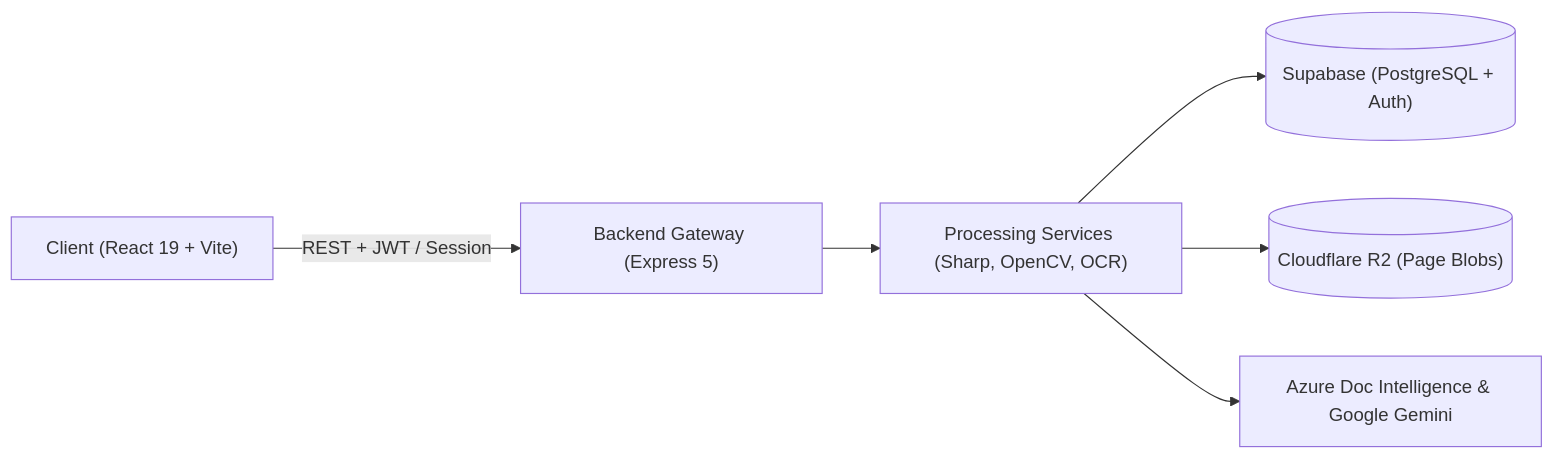
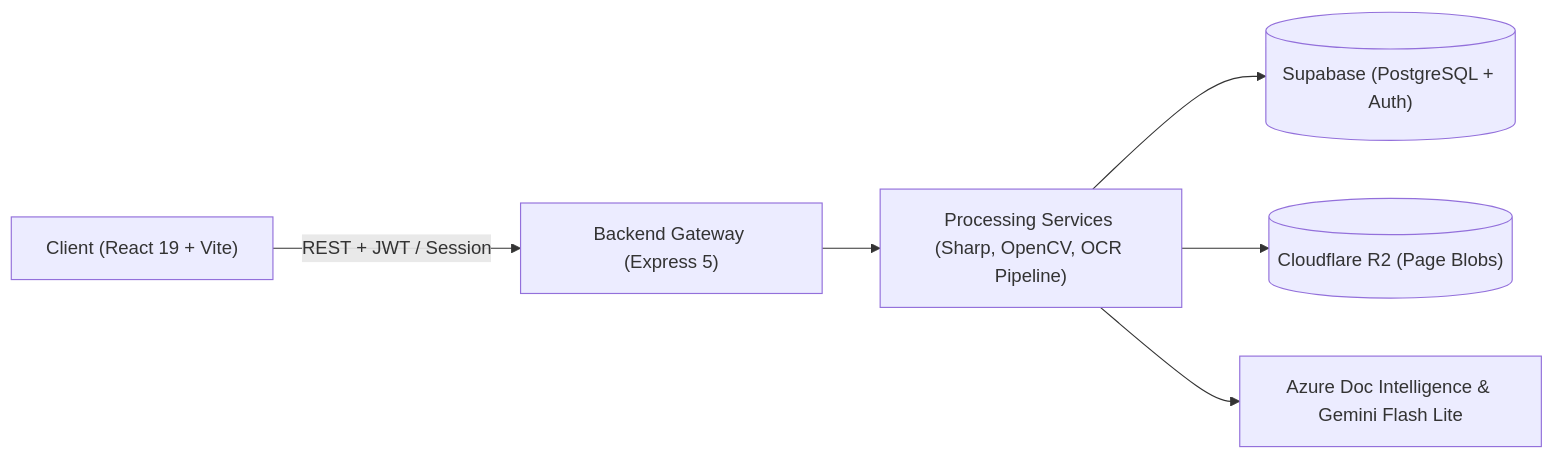
One commit to Monash-FIT3170/2026W1-Arkhive changed the diagram in ARCHITECTURE.md. Above: the diagram before and after it, drawn with Mermaid. The commit also changed other lines of this file and 2 other files, not shown here.

````diff
--- a/ARCHITECTURE.md
+++ b/ARCHITECTURE.md
@@ -14,9 +14,9 @@
 ```mermaid
 %% High-level architecture overview
 flowchart LR
     A["Client (React 19 + Vite)"] -->|"REST + JWT / Session"| B["Backend Gateway (Express 5)"]
-    B --> C["Processing Services (Sharp, OpenCV, OCR)"]
+    B --> C["Processing Services (Sharp, OpenCV, OCR Pipeline)"]
     C --> D[("Supabase (PostgreSQL + Auth)")]
     C --> E[("Cloudflare R2 (Page Blobs)")]
-    C --> F["Azure Doc Intelligence & Google Gemini"]
+    C --> F["Azure Doc Intelligence & Gemini Flash Lite"]
 ```
````
